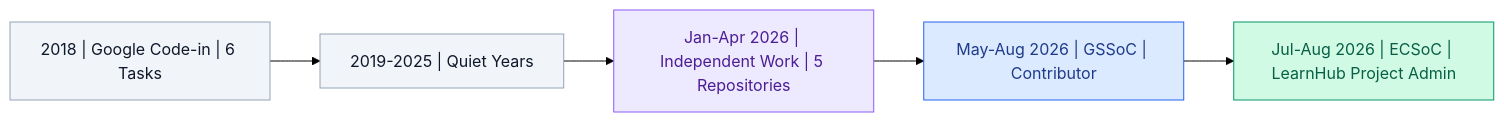
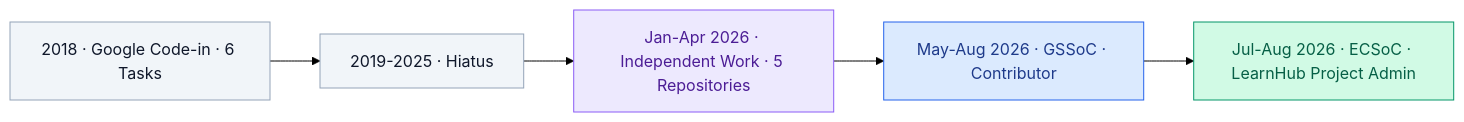
One commit to udaycodespace/udaycodespace changed the first of 2 diagrams in README.md. Above: the diagram before and after it, drawn with Mermaid (forest theme). The commit also changed other lines of this file, not shown here.

````diff
--- a/README.md
+++ b/README.md
@@ -110,20 +110,20 @@
 ```mermaid
 flowchart LR
-    A["2018 | Google Code-in | 6 Tasks"]
-    B["2019-2025 | Quiet Years"]
-    C["Jan-Apr 2026 | Independent Work | 5 Repositories"]
-    D["May-Aug 2026 | GSSoC | Contributor"]
-    E["Jul-Aug 2026 | ECSoC | LearnHub Project Admin"]
+    A["2018 · Google Code-in · 6 Tasks"]
+    B["2019-2025 · Hiatus"]
+    C["Jan-Apr 2026 · Independent Work · 5 Repositories"]
+    D["May-Aug 2026 · GSSoC · Contributor"]
+    E["Jul-Aug 2026 · ECSoC · LearnHub Project Admin"]
 
     A --> B --> C --> D --> E
 
     classDef milestone fill:#F1F5F9,stroke:#94A3B8,color:#0F172A
     classDef independent fill:#EDE9FE,stroke:#8B5CF6,color:#4C1D95
     classDef community fill:#DBEAFE,stroke:#2563EB,color:#1E3A8A
     classDef leadership fill:#D1FAE5,stroke:#059669,color:#065F46
 
     class A,B milestone
     class C independent
     class D community
     class E leadership
 ```
````
